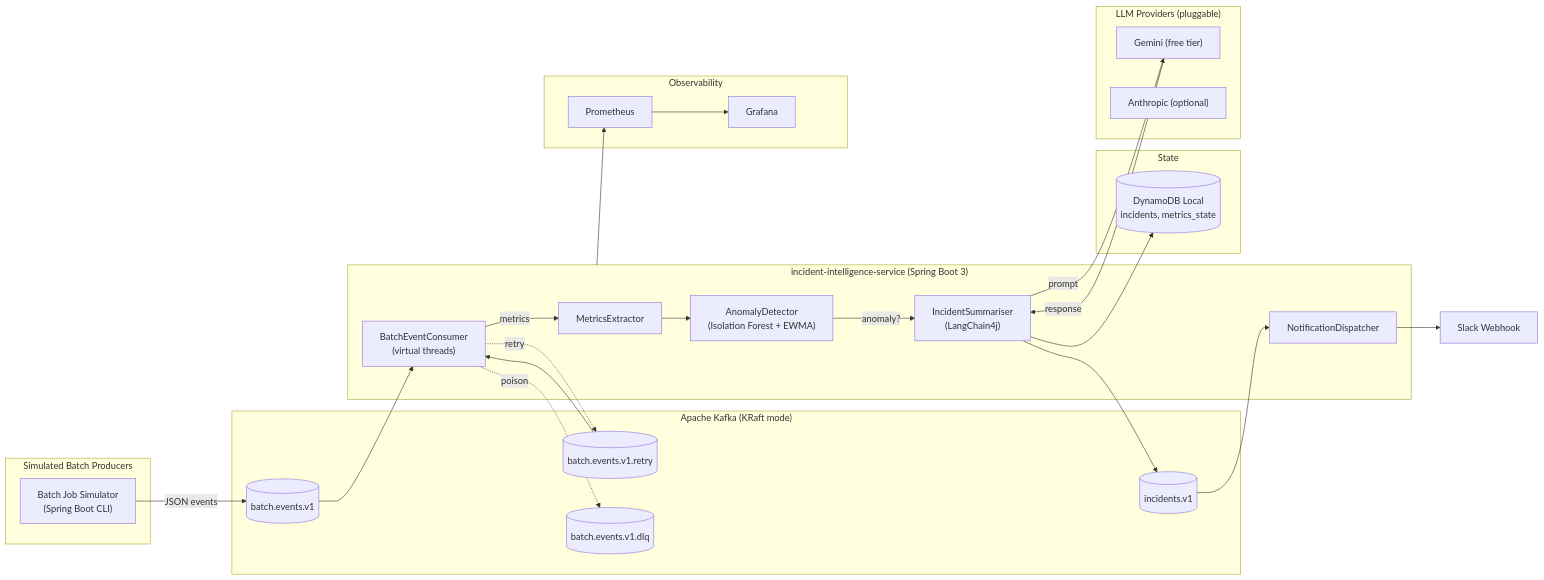
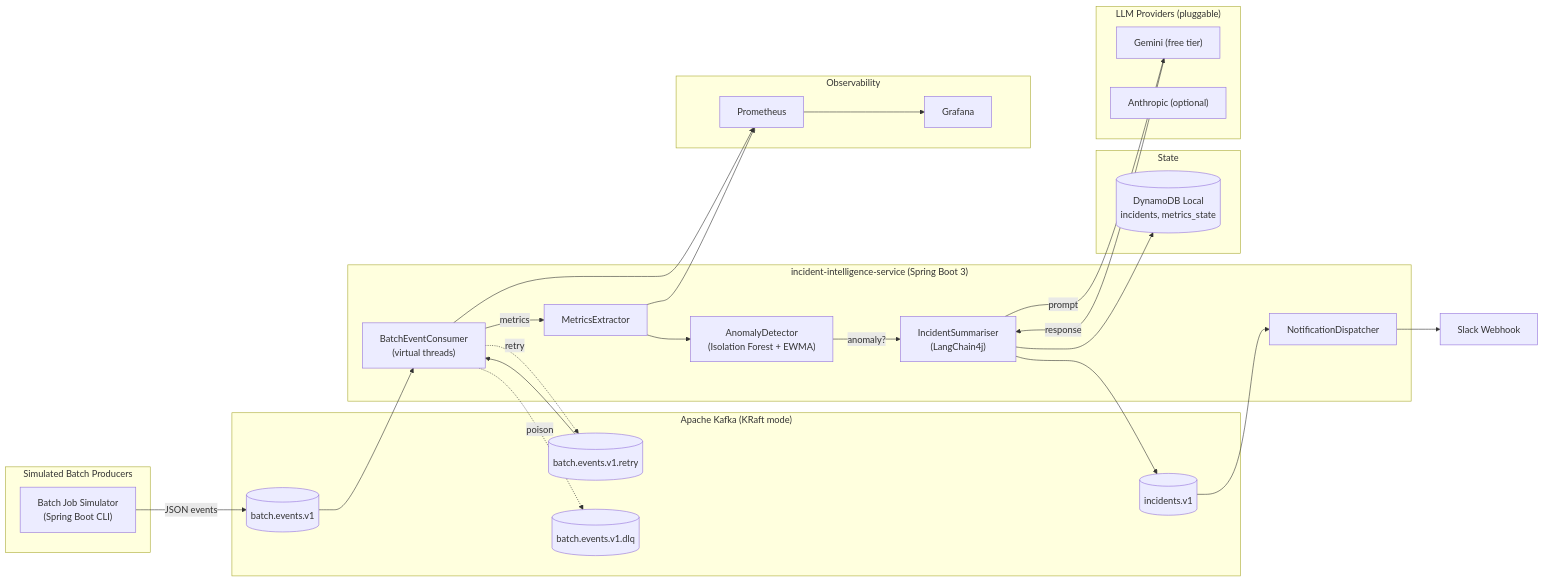
The first of 3 diagrams in docs/architecture.md (BibinFrancisK/intelligent-batch-incident-handler), drawn with Mermaid before and after one commit.

Commit message:
fix(docs): replace subgraph edge targets with specific nodes in system diagram
APP --> PR connects from a subgraph ID which Mermaid handles unreliably.
Replace with C1 --> PR and M1 --> PR (consumer and metrics extractor are
the actual sources of Prometheus metrics) to keep edges node-to-node.

````diff
--- a/docs/architecture.md
+++ b/docs/architecture.md
@@ -5,56 +5,57 @@
 ```mermaid
 flowchart LR
     subgraph PROD["Simulated Batch Producers"]
         P1["Batch Job Simulator\n(Spring Boot CLI)"]
     end
 
     subgraph KAFKA["Apache Kafka (KRaft mode)"]
         T1[("batch.events.v1")]
         T2[("batch.events.v1.retry")]
         T3[("batch.events.v1.dlq")]
         T4[("incidents.v1")]
     end
 
     subgraph APP["incident-intelligence-service (Spring Boot 3)"]
         C1["BatchEventConsumer\n(virtual threads)"]
         M1["MetricsExtractor"]
         A1["AnomalyDetector\n(Isolation Forest + EWMA)"]
         L1["IncidentSummariser\n(LangChain4j)"]
         N1["NotificationDispatcher"]
     end
 
     subgraph STORE["State"]
         D1[("DynamoDB Local\nincidents, metrics_state")]
     end
 
     subgraph OBS["Observability"]
         PR["Prometheus"]
         GR["Grafana"]
     end
 
     subgraph LLM["LLM Providers (pluggable)"]
         G1["Gemini (free tier)"]
         AN["Anthropic (optional)"]
     end
 
     SL["Slack Webhook"]
 
     P1 -->|JSON events| T1
     T1 --> C1
     C1 -->|metrics| M1
     M1 --> A1
     A1 -->|anomaly?| L1
     L1 -->|prompt| G1
     G1 -->|response| L1
     L1 --> T4
     L1 --> D1
     N1 --> SL
     T4 --> N1
 
     C1 -.retry.-> T2
     T2 --> C1
     C1 -.poison.-> T3
 
-    APP --> PR
+    C1 --> PR
+    M1 --> PR
     PR --> GR
 ```
````
